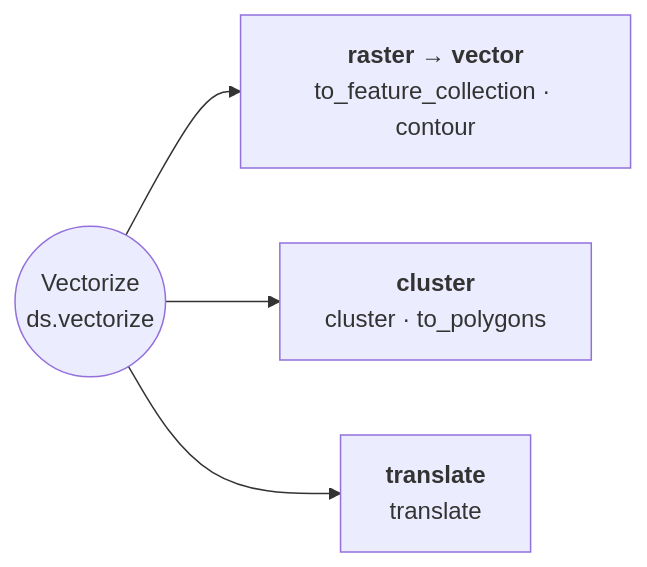
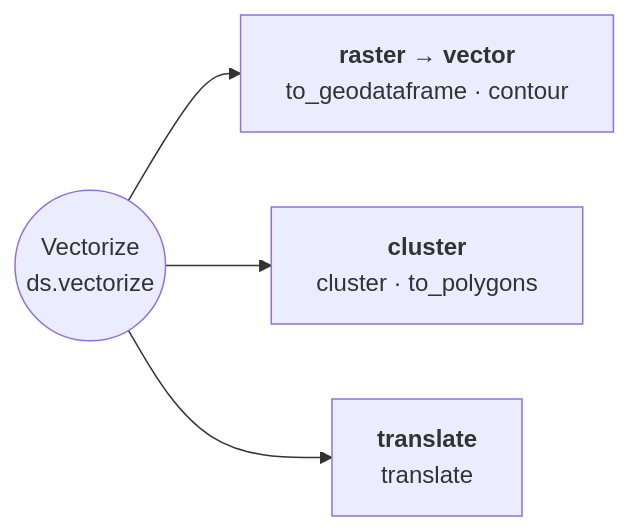
Before and after one commit to serapeum-org/pyramids: the diagram in docs/reference/dataset/vectorize.md, drawn with Mermaid. The commit also changed 33 other files, not shown here.

````diff
--- a/docs/reference/dataset/vectorize.md
+++ b/docs/reference/dataset/vectorize.md
@@ -5,7 +5,7 @@
 ```mermaid
 flowchart LR
     VE(("Vectorize<br/>ds.vectorize"))
-    VE --> TV["<b>raster → vector</b><br/>to_feature_collection · contour"]
+    VE --> TV["<b>raster → vector</b><br/>to_geodataframe · contour"]
     VE --> CL["<b>cluster</b><br/>cluster · to_polygons"]
     VE --> TR["<b>translate</b><br/>translate"]
 ```
````
